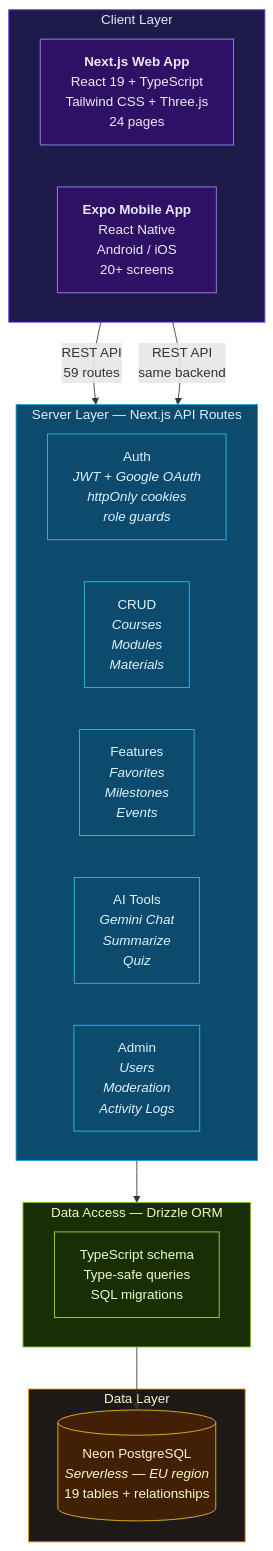
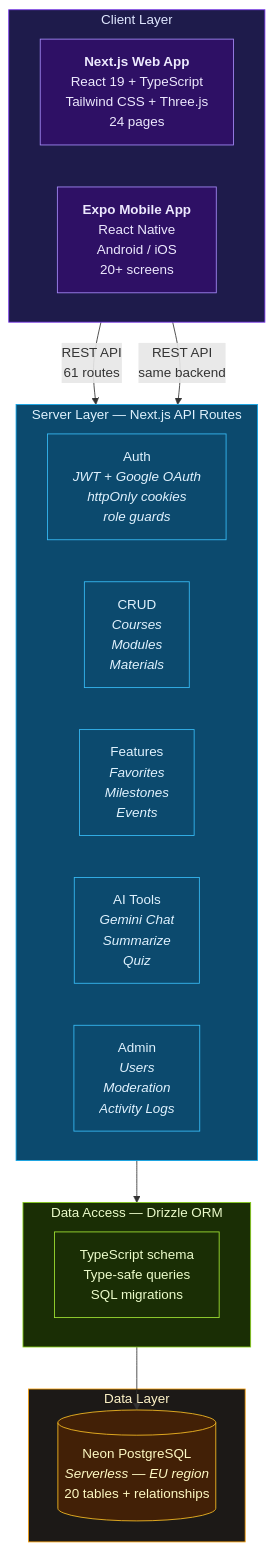
Before and after one commit to mariva565/mariva565-full-stack-ai-capstone: the first of 4 diagrams in README.md, drawn with Mermaid. The commit also changed other lines of this file and 1 other file, not shown here.

````diff
--- a/README.md
+++ b/README.md
@@ -170,44 +170,44 @@
 ```mermaid
 graph TB
     subgraph CLIENT["Client Layer"]
         direction LR
         WEB["<b>Next.js Web App</b><br/>React 19 + TypeScript<br/>Tailwind CSS + Three.js<br/>24 pages"]
         MOBILE["<b>Expo Mobile App</b><br/>React Native<br/>Android / iOS<br/>20+ screens"]
     end
 
     subgraph SERVER["Server Layer — Next.js API Routes"]
         direction LR
         AUTH["Auth<br/><i>JWT + Google OAuth</i><br/><i>httpOnly cookies</i><br/><i>role guards</i>"]
         CRUD["CRUD<br/><i>Courses</i><br/><i>Modules</i><br/><i>Materials</i>"]
         FEATURES["Features<br/><i>Favorites</i><br/><i>Milestones</i><br/><i>Events</i>"]
         AI["AI Tools<br/><i>Gemini Chat</i><br/><i>Summarize</i><br/><i>Quiz</i>"]
         ADMIN["Admin<br/><i>Users</i><br/><i>Moderation</i><br/><i>Activity Logs</i>"]
     end
 
     subgraph ORM["Data Access — Drizzle ORM"]
         DRIZZLE["TypeScript schema<br/>Type-safe queries<br/>SQL migrations"]
     end
 
     subgraph DATA["Data Layer"]
-        DB[("Neon PostgreSQL<br/><i>Serverless — EU region</i><br/>19 tables + relationships")]
+        DB[("Neon PostgreSQL<br/><i>Serverless — EU region</i><br/>20 tables + relationships")]
     end
 
-    WEB -->|"REST API<br/>59 routes"| SERVER
+    WEB -->|"REST API<br/>61 routes"| SERVER
     MOBILE -->|"REST API<br/>same backend"| SERVER
     SERVER --> ORM
     ORM --> DB
 
     style CLIENT fill:#1e1b4b,stroke:#7c3aed,color:#e0e7ff
     style SERVER fill:#0c4a6e,stroke:#0ea5e9,color:#e0f2fe
     style ORM fill:#1a2e05,stroke:#84cc16,color:#ecfccb
     style DATA fill:#1c1917,stroke:#f59e0b,color:#fef3c7
     style WEB fill:#2e1065,stroke:#a78bfa,color:#ede9fe
     style MOBILE fill:#2e1065,stroke:#a78bfa,color:#ede9fe
     style AUTH fill:#0c4a6e,stroke:#38bdf8,color:#e0f2fe
     style CRUD fill:#0c4a6e,stroke:#38bdf8,color:#e0f2fe
     style FEATURES fill:#0c4a6e,stroke:#38bdf8,color:#e0f2fe
     style AI fill:#0c4a6e,stroke:#38bdf8,color:#e0f2fe
     style ADMIN fill:#0c4a6e,stroke:#38bdf8,color:#e0f2fe
     style DRIZZLE fill:#1a2e05,stroke:#a3e635,color:#ecfccb
     style DB fill:#422006,stroke:#fbbf24,color:#fef9c3
 ```
````
